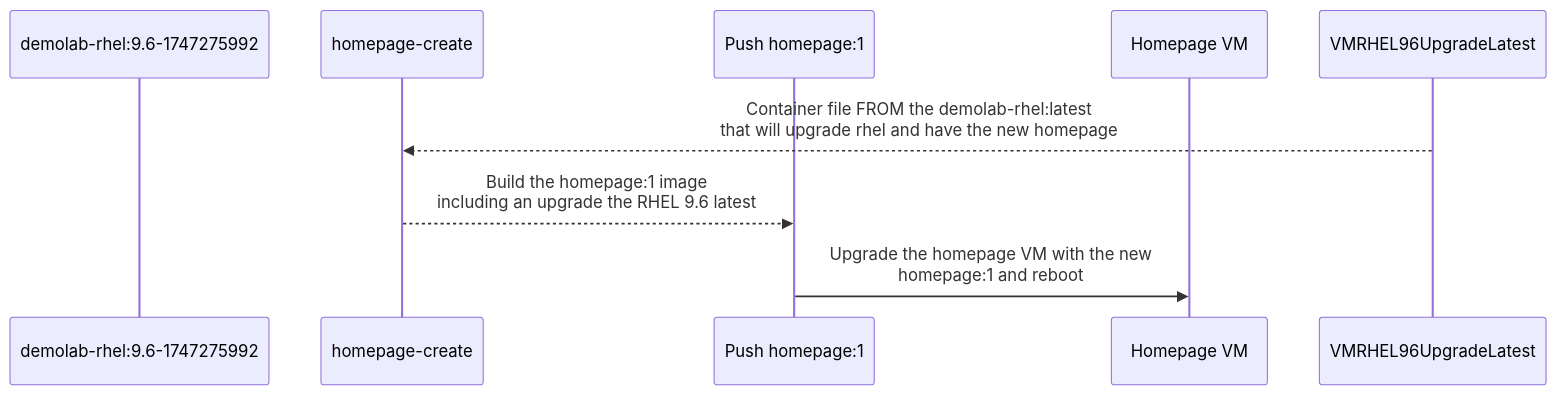
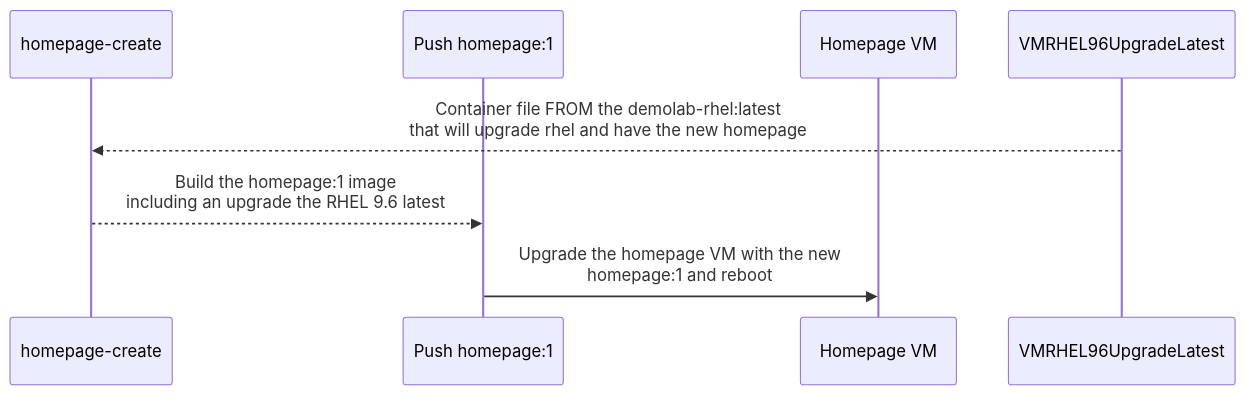
The sixth of 8 diagrams in README.md (jvdbreggen/imagemodedemo), drawn with Mermaid before and after one commit. The commit also changed other lines of this file, not shown here.

Commit message:
remove blank actors from sequence diagrams

````diff
--- a/README.md
+++ b/README.md
@@ -283,13 +283,13 @@
 ```mermaid
 sequenceDiagram
     %% Actors
-    participant Demolab96 as demolab-rhel:9.6-1747275992
+    %% participant Demolab96 as demolab-rhel:9.6-1747275992
     participant HomepageCreate as homepage-create
     participant PushHomepageCreate as Push homepage:1
     participant HomepageVM as Homepage VM
 
     %% Homepage creation
     VMRHEL96UpgradeLatest-->>HomepageCreate: Container file FROM the demolab-rhel:latest<br/>that will upgrade rhel and have the new homepage
     HomepageCreate-->>PushHomepageCreate: Build the homepage:1 image<br/>including an upgrade the RHEL 9.6 latest
     PushHomepageCreate->>HomepageVM: Upgrade the homepage VM with the new<br/>homepage:1 and reboot
 ```
````
